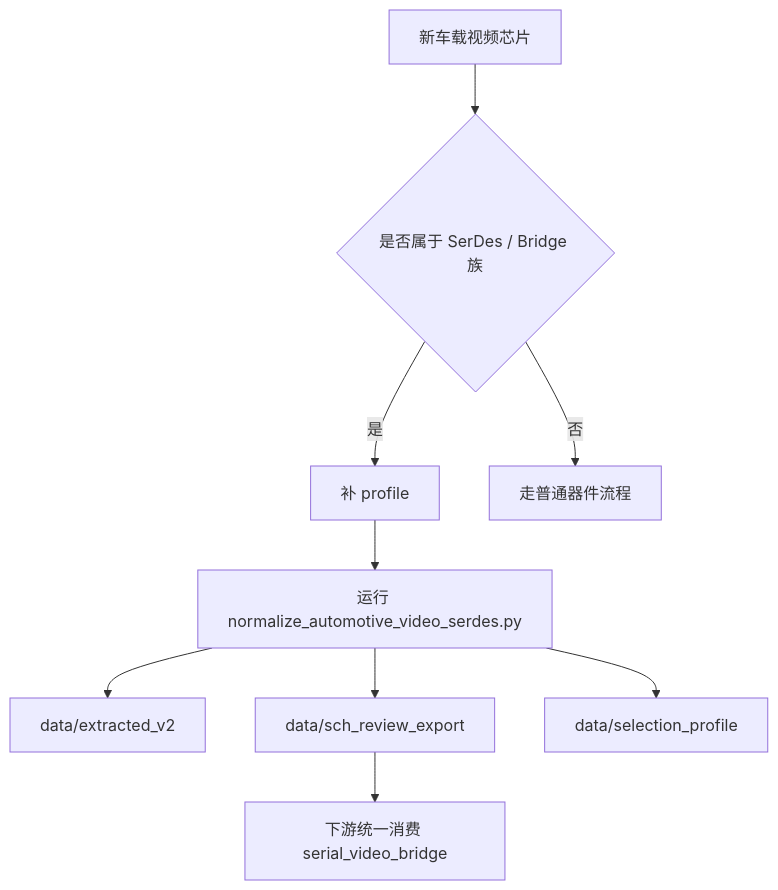
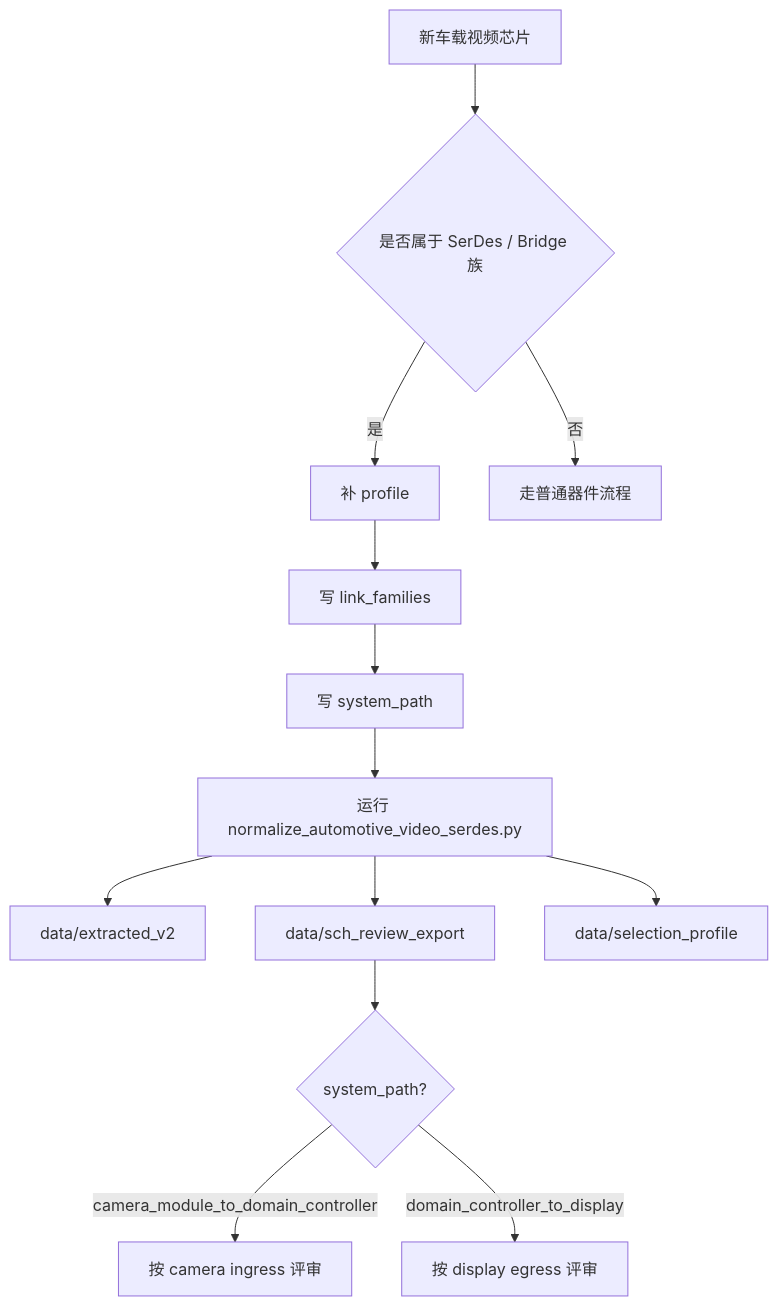
One commit to joyhpc/opendatasheet changed the diagram in docs/automotive-video-serdes-normalization.md. Above: the diagram before and after it, drawn with Mermaid. The commit also changed other lines of this file and 7 other files, not shown here.

Commit message:
feat(data): model serdes system paths and hsmt family

````diff
--- a/docs/automotive-video-serdes-normalization.md
+++ b/docs/automotive-video-serdes-normalization.md
@@ -207,11 +257,15 @@
 ```mermaid
 flowchart TD
     A[新车载视频芯片] --> B{是否属于 SerDes / Bridge 族}
     B -->|是| C[补 profile]
     B -->|否| D[走普通器件流程]
-    C --> E[运行 normalize_automotive_video_serdes.py]
+    C --> C1[写 link_families]
+    C1 --> C2[写 system_path]
+    C2 --> E[运行 normalize_automotive_video_serdes.py]
     E --> F[data/extracted_v2]
     E --> G[data/sch_review_export]
     E --> H[data/selection_profile]
-    G --> I[下游统一消费 serial_video_bridge]
+    G --> I{system_path?}
+    I -->|camera_module_to_domain_controller| J[按 camera ingress 评审]
+    I -->|domain_controller_to_display| K[按 display egress 评审]
 ```
````
